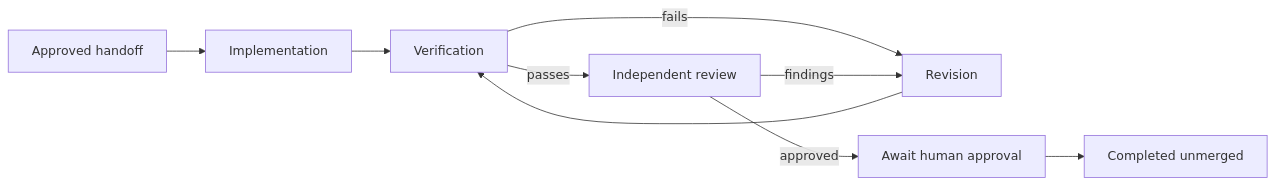
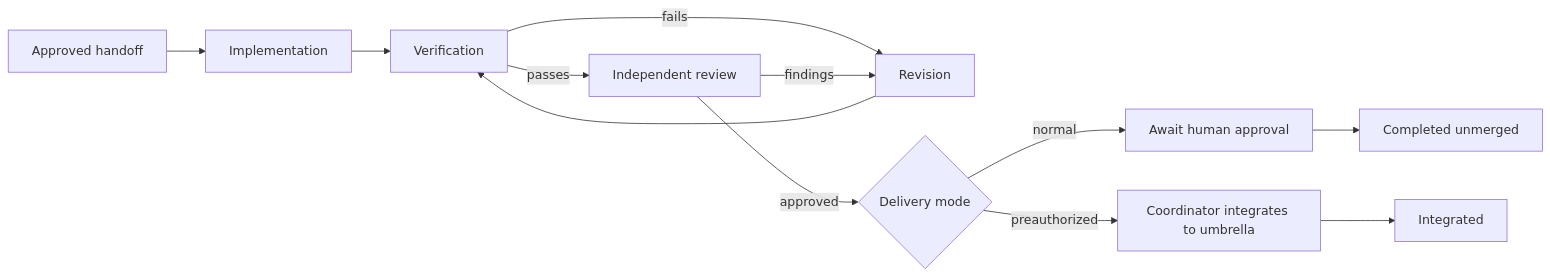
The diagram in skills/delivery-orchestrator/SKILL.md (alejandro-ao/.agents), drawn with Mermaid before and after one commit. The commit also changed other lines of this file and 16 other files, not shown here.

````diff
--- a/skills/delivery-orchestrator/SKILL.md
+++ b/skills/delivery-orchestrator/SKILL.md
@@ -14,11 +20,14 @@
 ```mermaid
 flowchart LR
   A["Approved handoff"] --> B["Implementation"]
   B --> C["Verification"]
   C -->|"passes"| D["Independent review"]
   C -->|"fails"| E["Revision"]
   D -->|"findings"| E
   E --> C
-  D -->|"approved"| F["Await human approval"]
-  F --> G["Completed unmerged"]
+  D -->|"approved"| F{"Delivery mode"}
+  F -->|"normal"| G["Await human approval"]
+  F -->|"preauthorized"| H["Coordinator integrates to umbrella"]
+  G --> I["Completed unmerged"]
+  H --> J["Integrated"]
 ```
````
